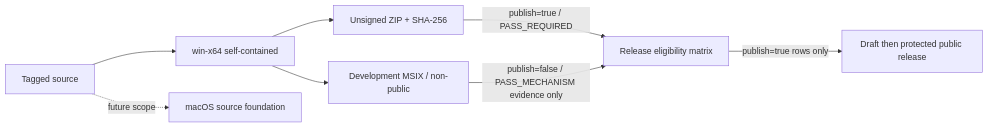
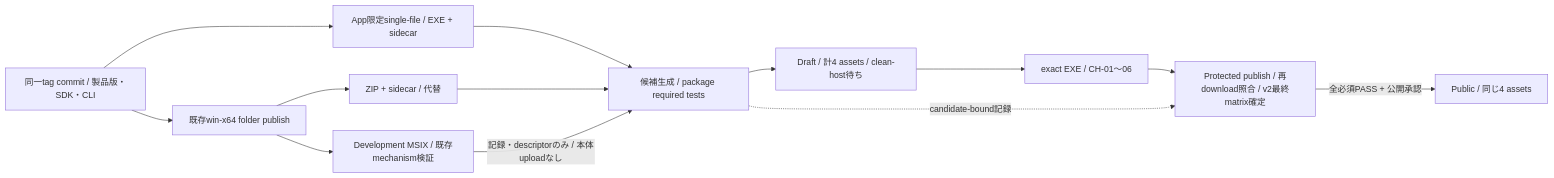
One commit to dahatake/StudyReport-Evaluator changed the fourth of 4 diagrams in dev/docs/architecture.md. Above: the diagram before and after it, drawn with Mermaid. The commit also changed other lines of this file and 52 other files, not shown here.

````diff
--- a/dev/docs/architecture.md
+++ b/dev/docs/architecture.md
@@ -146,10 +206,15 @@
 ```mermaid
 flowchart LR
-    Source[Tagged source] --> WinPublish[win-x64 self-contained]
-    WinPublish --> ZIP[Unsigned ZIP + SHA-256]
-    WinPublish --> DevMSIX[Development MSIX / non-public]
-    ZIP -->|publish=true / PASS_REQUIRED| Matrix[Release eligibility matrix]
-    DevMSIX -->|publish=false / PASS_MECHANISM evidence only| Matrix
-    Matrix -->|publish=true rows only| Release[Draft then protected public release]
-    Source -. future scope .-> Mac[macOS source foundation]
+    Source[同一tag commit / 製品版・SDK・CLI] --> Single[App限定single-file / EXE + sidecar]
+    Source --> WinPublish[既存win-x64 folder publish]
+    WinPublish --> ZIP[ZIP + sidecar / 代替]
+    WinPublish --> DevMSIX[Development MSIX / 既存mechanism検証]
+    Single --> Candidate[候補生成 / package required tests]
+    ZIP --> Candidate
+    DevMSIX -->|記録・descriptorのみ / 本体uploadなし| Candidate
+    Candidate --> Draft[Draft / 計4 assets / clean-host待ち]
+    Draft --> CH[exact EXE / CH-01〜06]
+    CH --> Publish[Protected publish / 再download照合 / v2最終matrix確定]
+    Candidate -. candidate-bound記録 .-> Publish
+    Publish -->|全必須PASS + 公開承認| Release[Public / 同じ4 assets]
 ```
````
